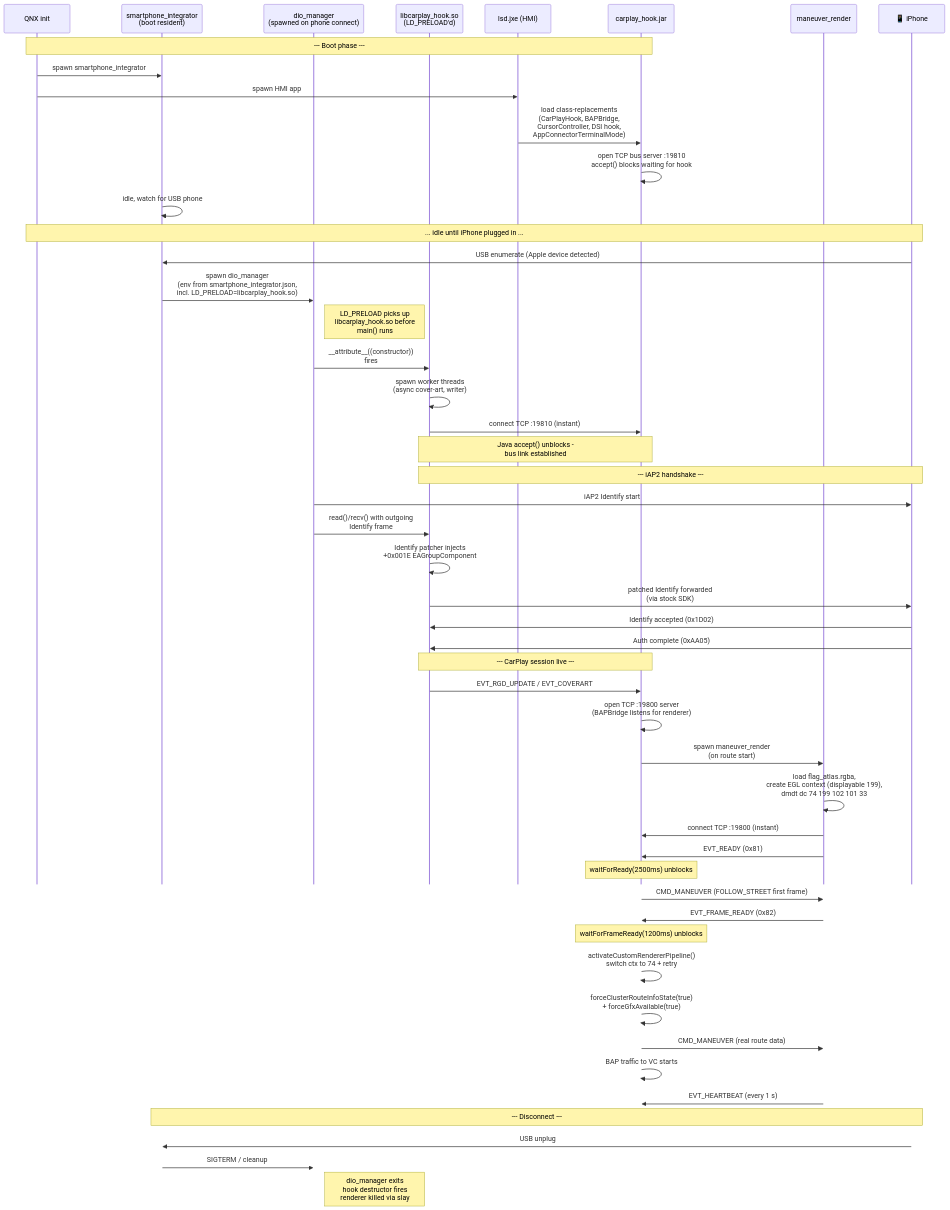
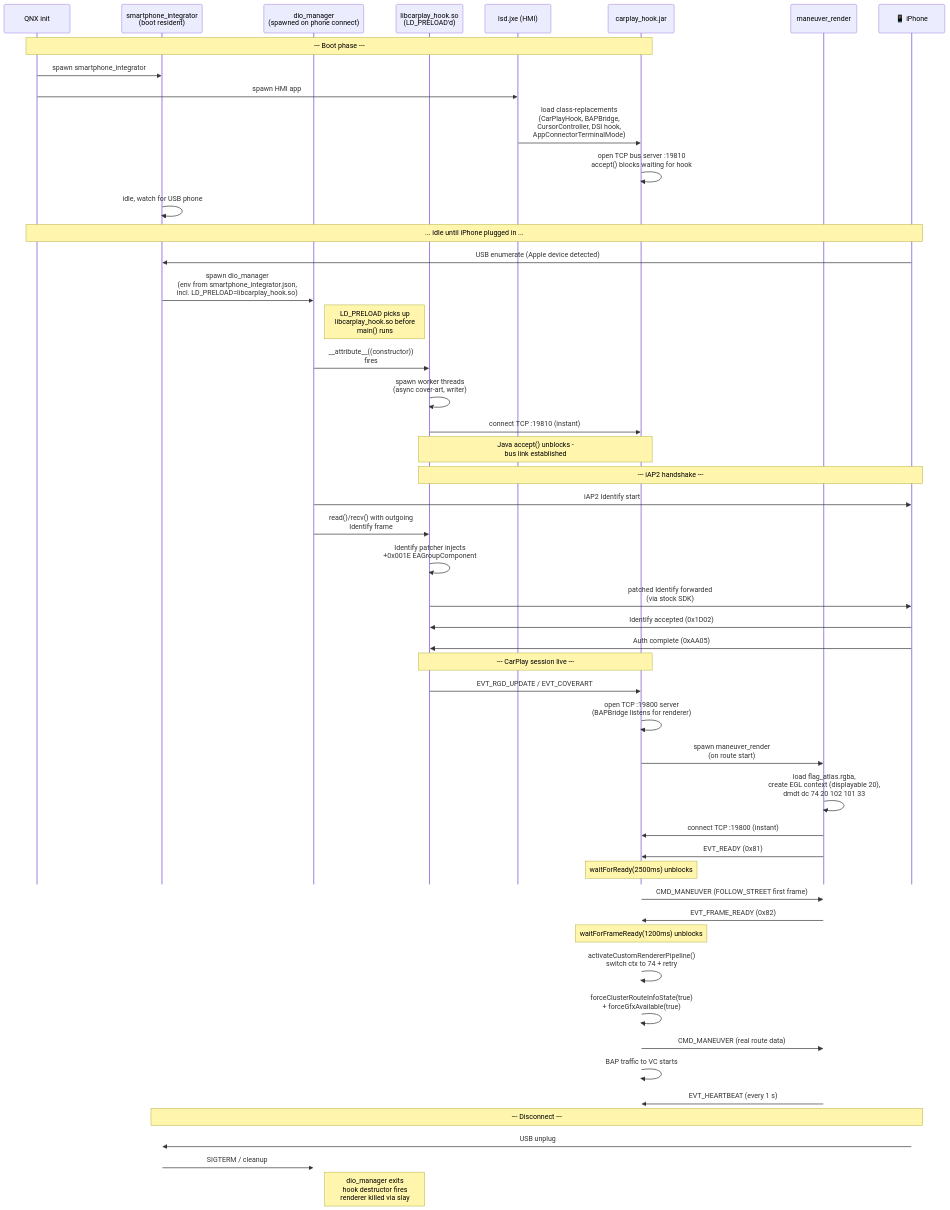
One commit to luka-dev/mib2q-carplay-rgi changed the eighth of 9 diagrams in README.md. Above: the diagram before and after it, drawn with Mermaid. The commit also changed other lines of this file and 6 other files, not shown here.

Commit message:
refactor: take over native displayable 20 for improved cluster context management

````diff
--- a/README.md
+++ b/README.md
@@ -750,60 +742,60 @@
 ```mermaid
 %%{init: {'sequence': {'mirrorActors': false}}}%%
 sequenceDiagram
     participant qnx as QNX init
     participant si as smartphone_integrator<br/>(boot resident)
     participant dio as dio_manager<br/>(spawned on phone connect)
     participant hook as libcarplay_hook.so<br/>(LD_PRELOAD'd)
     participant lsd as lsd.jxe (HMI)
     participant jar as carplay_hook.jar
     participant rend as maneuver_render
     participant ios as 📱 iPhone
 
     Note over qnx,jar: --- Boot phase ---
     qnx->>si: spawn smartphone_integrator
     qnx->>lsd: spawn HMI app
     lsd->>jar: load class-replacements<br/>(CarPlayHook, BAPBridge,<br/>CursorController, DSI hook,<br/>AppConnectorTerminalMode)
     jar->>jar: open TCP bus server :19810<br/>accept() blocks waiting for hook
     si->>si: idle, watch for USB phone
 
     Note over qnx,ios: ... idle until iPhone plugged in ...
 
     ios->>si: USB enumerate (Apple device detected)
     si->>dio: spawn dio_manager<br/>(env from smartphone_integrator.json,<br/>incl. LD_PRELOAD=libcarplay_hook.so)
     Note right of dio: LD_PRELOAD picks up<br/>libcarplay_hook.so before<br/>main() runs
     dio->>hook: __attribute__((constructor))<br/>fires
     hook->>hook: spawn worker threads<br/>(async cover-art, writer)
     hook->>jar: connect TCP :19810 (instant)
     Note over hook,jar: Java accept() unblocks -<br/>bus link established
 
     Note over hook,ios: --- iAP2 handshake ---
     dio->>ios: iAP2 Identify start
     dio->>hook: read()/recv() with outgoing<br/>Identify frame
     hook->>hook: Identify patcher injects<br/>+0x001E EAGroupComponent
     hook->>ios: patched Identify forwarded<br/>(via stock SDK)
     ios->>hook: Identify accepted (0x1D02)
     ios->>hook: Auth complete (0xAA05)
 
     Note over hook,jar: --- CarPlay session live ---
 
     hook->>jar: EVT_RGD_UPDATE / EVT_COVERART
     jar->>jar: open TCP :19800 server<br/>(BAPBridge listens for renderer)
     jar->>rend: spawn maneuver_render<br/>(on route start)
-    rend->>rend: load flag_atlas.rgba,<br/>create EGL context (displayable 199),<br/>dmdt dc 74 199 102 101 33
+    rend->>rend: load flag_atlas.rgba,<br/>create EGL context (displayable 20),<br/>dmdt dc 74 20 102 101 33
     rend->>jar: connect TCP :19800 (instant)
     rend->>jar: EVT_READY (0x81)
     Note over jar: waitForReady(2500ms) unblocks
     jar->>rend: CMD_MANEUVER (FOLLOW_STREET first frame)
     rend->>jar: EVT_FRAME_READY (0x82)
     Note over jar: waitForFrameReady(1200ms) unblocks
     jar->>jar: activateCustomRendererPipeline()<br/>switch ctx to 74 + retry
     jar->>jar: forceClusterRouteInfoState(true)<br/>+ forceGfxAvailable(true)
     jar->>rend: CMD_MANEUVER (real route data)
     jar->>jar: BAP traffic to VC starts
     rend->>jar: EVT_HEARTBEAT (every 1 s)
 
     Note over si,ios: --- Disconnect ---
     ios->>si: USB unplug
     si->>dio: SIGTERM / cleanup
     Note right of dio: dio_manager exits<br/>hook destructor fires<br/>renderer killed via slay
 ```
````
